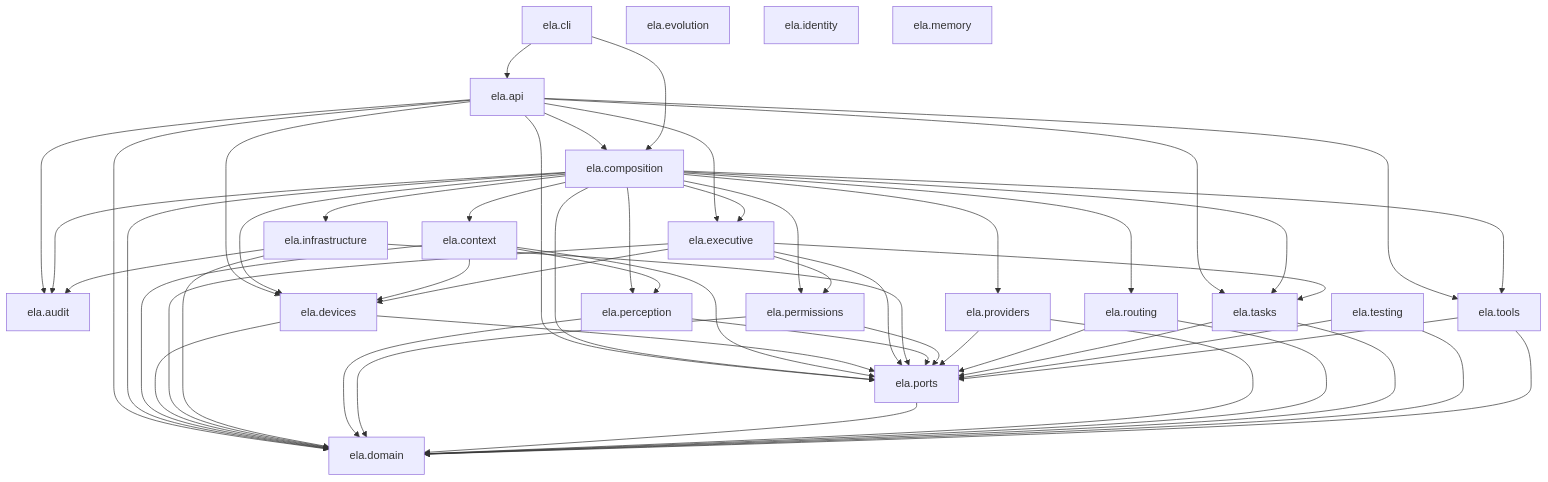
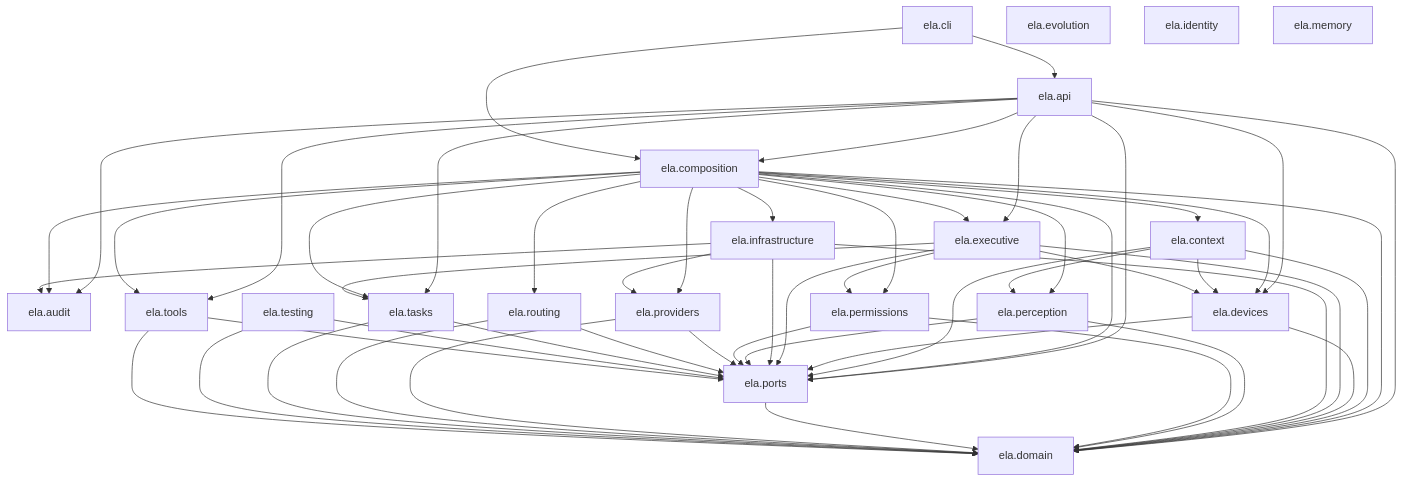
The first of 2 diagrams in docs/ARCHITECTURE.md (silvitommaso10-spec/ELA), drawn with Mermaid before and after one commit. The commit also changed other lines of this file and 49 other files, not shown here.

````diff
--- a/docs/ARCHITECTURE.md
+++ b/docs/ARCHITECTURE.md
@@ -36,75 +36,76 @@
 ```mermaid
 graph TD
     api[ela.api]
     audit[ela.audit]
     cli[ela.cli]
     composition[ela.composition]
     context[ela.context]
     devices[ela.devices]
     domain[ela.domain]
     evolution[ela.evolution]
     executive[ela.executive]
     identity[ela.identity]
     infrastructure[ela.infrastructure]
     memory[ela.memory]
     perception[ela.perception]
     permissions[ela.permissions]
     ports[ela.ports]
     providers[ela.providers]
     routing[ela.routing]
     tasks[ela.tasks]
     testing[ela.testing]
     tools[ela.tools]
     api --> audit
     api --> composition
     api --> devices
     api --> domain
     api --> executive
     api --> ports
     api --> tasks
     api --> tools
     cli --> api
     cli --> composition
     composition --> audit
     composition --> context
     composition --> devices
     composition --> domain
     composition --> executive
     composition --> infrastructure
     composition --> perception
     composition --> permissions
     composition --> ports
     composition --> providers
     composition --> routing
     composition --> tasks
     composition --> tools
     context --> devices
     context --> domain
     context --> perception
     context --> ports
     devices --> domain
     devices --> ports
     executive --> devices
     executive --> domain
     executive --> permissions
     executive --> ports
     executive --> tasks
     infrastructure --> audit
     infrastructure --> domain
     infrastructure --> ports
+    infrastructure --> providers
     perception --> domain
     perception --> ports
     permissions --> domain
     permissions --> ports
     ports --> domain
     providers --> domain
     providers --> ports
     routing --> domain
     routing --> ports
     tasks --> domain
     tasks --> ports
     testing --> domain
     testing --> ports
     tools --> domain
     tools --> ports
 ```
````
